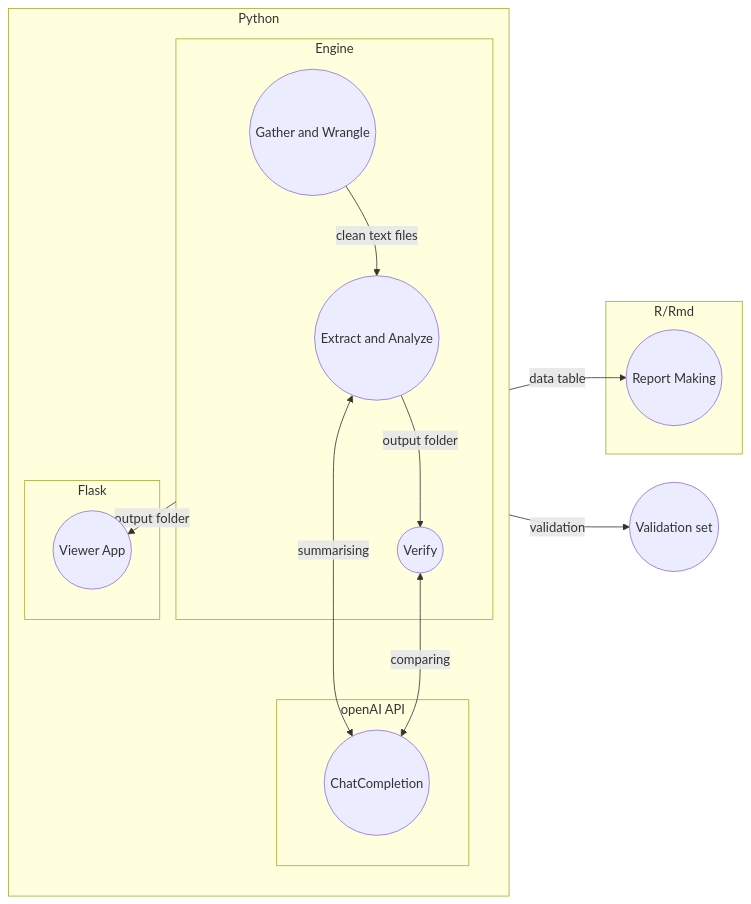
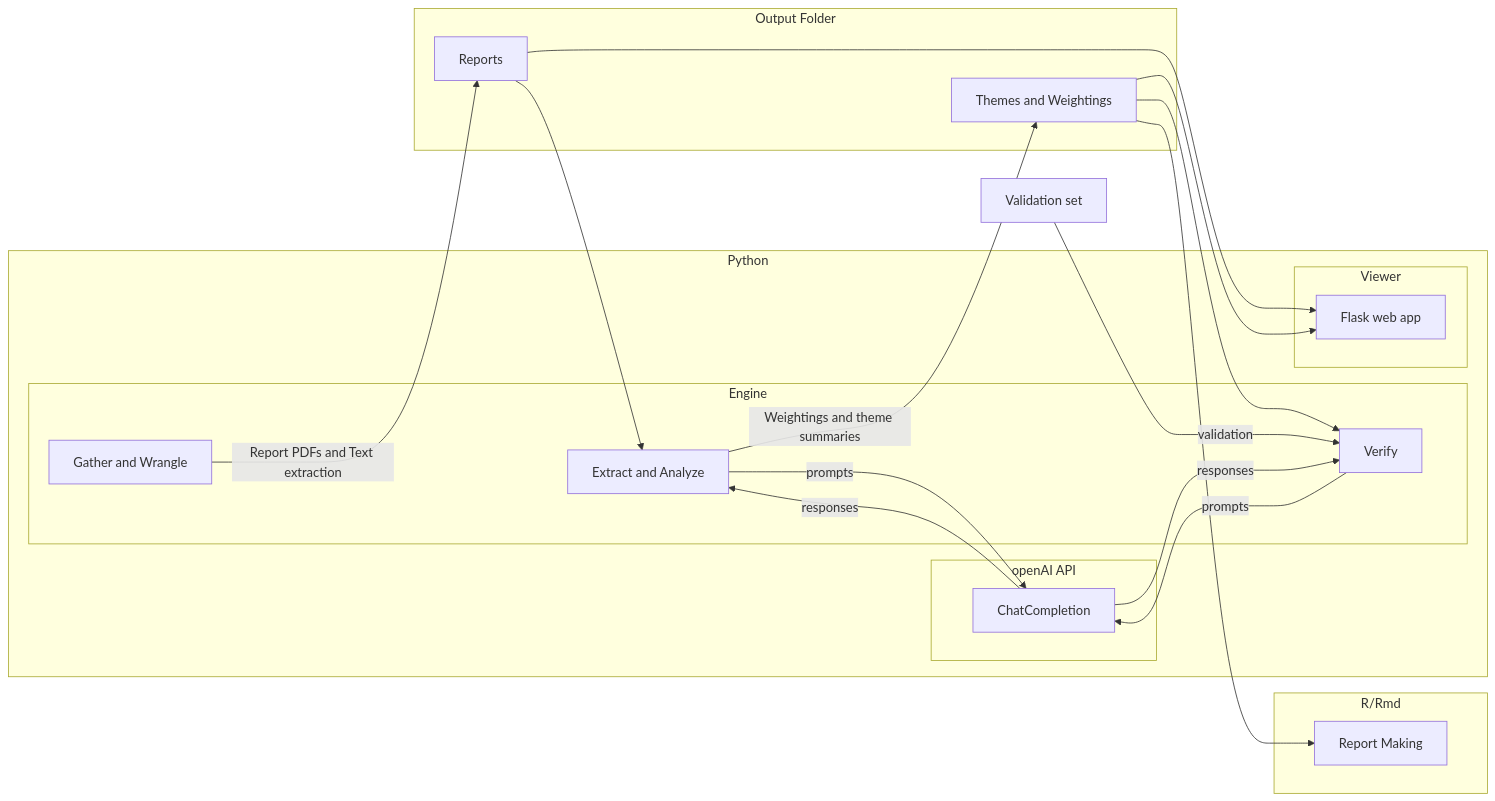
One commit to 1jamesthompson1/TAIC-report-summary changed the first of 2 diagrams in Uni project documents/Final Report/21011195_159333_Final_Report.md. Above: the diagram before and after it, drawn with Mermaid. The commit also changed other lines of this file and 7 other files, not shown here.

```diff
--- a/Uni project documents/Final Report/21011195_159333_Final_Report.md
+++ b/Uni project documents/Final Report/21011195_159333_Final_Report.md
@@ -64,35 +94,43 @@
 ~~~mermaid
 graph LR
-    subgraph Python
-		direction TB
-        subgraph Engine
-            A((Gather and Wrangle))
-            B((Extract and Analyze))
-            F((Verify))
-        end
+subgraph Python
+	subgraph Engine
+		A[Gather and Wrangle]
+		B[Extract and Analyze]
+		F[Verify]
+	end
 
-        subgraph openAI API
-            D((ChatCompletion))
-        end
+	subgraph openAI API
+		D[ChatCompletion]
+	end
+
+	subgraph Viewer
+		E[Flask web app]
+	end
+end
+
+subgraph Output Folder
+	H[Reports]
+	I[Themes and Weightings]
+end
 
 
-        subgraph Flask
-            E((Viewer App))
-        end
-    end
 
-	G((Validation set))
+G[Validation set]
 
-    subgraph R/Rmd
-        C((Report Making))
-    end
+subgraph R/Rmd
+	C[Report Making]
+end
 
-	
-    A -->|clean text files| B
-    B <-->|summarising| D
-    B -->|data table| C
-    Engine --->|output folder| E
-    B --> |output folder| F
-    F --> |validation| G
-    F <--> |comparing| D
+
+B -->|prompts| D -->|responses| B
+A -->|Report PDFs and Text extraction| H
+B -->|Weightings and theme summaries| I
+H --> B
+I --> F
+H --> E
+I --> E
+I --> C
+G --> |validation| F
+F -->|prompts| D -->|responses| F
 ~~~
```
